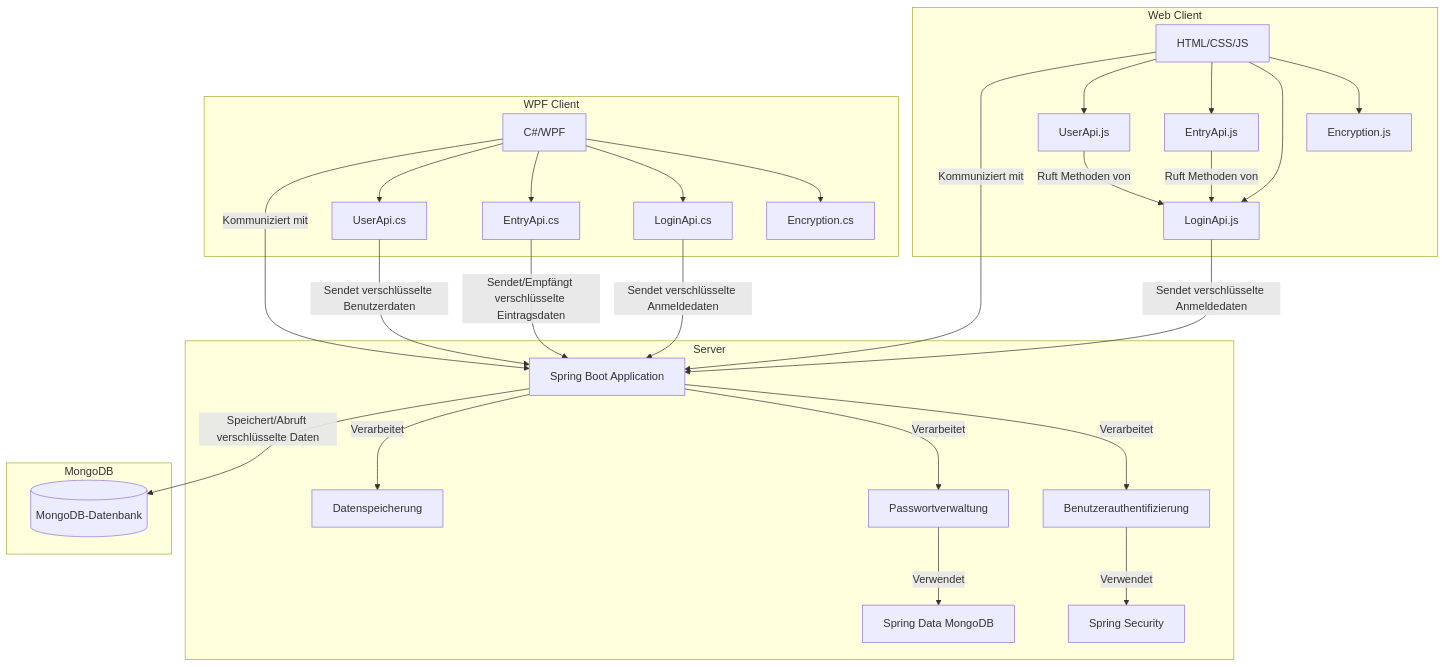
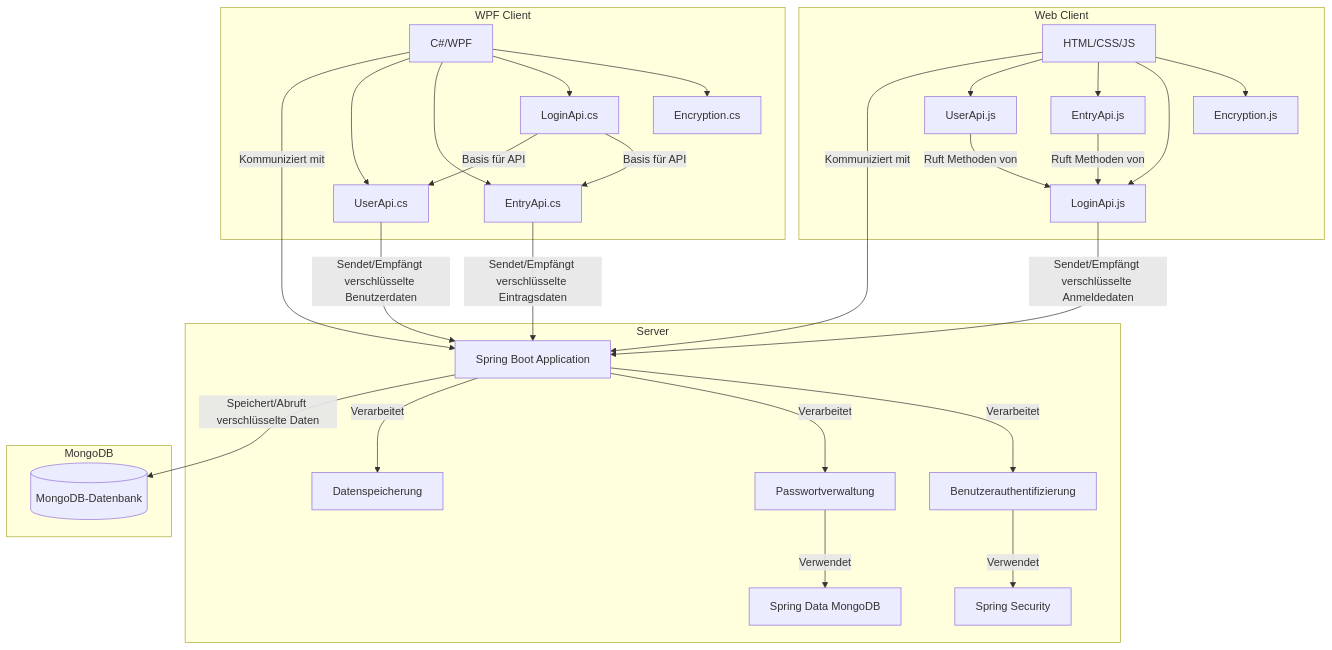
Before and after one commit to NebelNite/Passwortmanager: the first of 12 diagrams in ReadMe.md, drawn with Mermaid. The commit also changed other lines of this file and 1 other file, not shown here.

````diff
--- a/ReadMe.md
+++ b/ReadMe.md
@@ -88,43 +88,44 @@
 ```mermaid
 graph TD;
     subgraph Server
         A[Spring Boot Application]
         A -->|Verarbeitet| G[Benutzerauthentifizierung]
         A -->|Verarbeitet| H[Passwortverwaltung]
         A -->|Verarbeitet| I[Datenspeicherung]
         G -->|Verwendet| K[Spring Security]
         H -->|Verwendet| L[Spring Data MongoDB]
     end
 
     subgraph MongoDB
         J[(MongoDB-Datenbank)]
     end
 
     subgraph Web Client
         M[HTML/CSS/JS]
         M --> N[Encryption.js]
         M --> O[LoginApi.js]
         M --> P[EntryApi.js]
         M --> Q[UserApi.js]
-        O -->|Sendet verschlüsselte Anmeldedaten| A
+        O -->|Sendet/Empfängt verschlüsselte Anmeldedaten| A
         P -->|Ruft Methoden von| O
         Q -->|Ruft Methoden von| O
     end
 
     subgraph WPF Client
         R[C#/WPF]
         R --> S[Encryption.cs]
         R --> T[LoginApi.cs]
         R --> U[EntryApi.cs]
         R --> V[UserApi.cs]
-        T -->|Sendet verschlüsselte Anmeldedaten| A
+        T -->|Basis für API| U
+        T -->|Basis für API| V
         U -->|Sendet/Empfängt verschlüsselte Eintragsdaten| A
-        V -->|Sendet verschlüsselte Benutzerdaten| A
+        V -->|Sendet/Empfängt verschlüsselte Benutzerdaten| A
     end
 
     A -->|Speichert/Abruft verschlüsselte Daten| J
     M -->|Kommuniziert mit| A
     R -->|Kommuniziert mit| A
 
 
 ```
````
